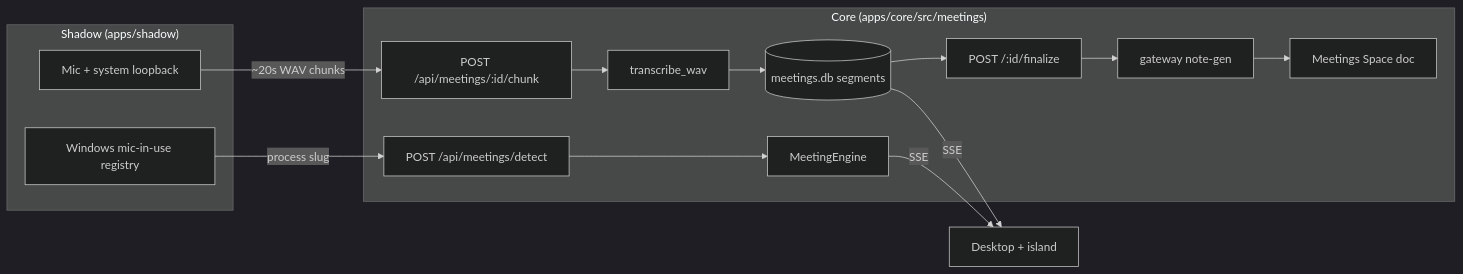
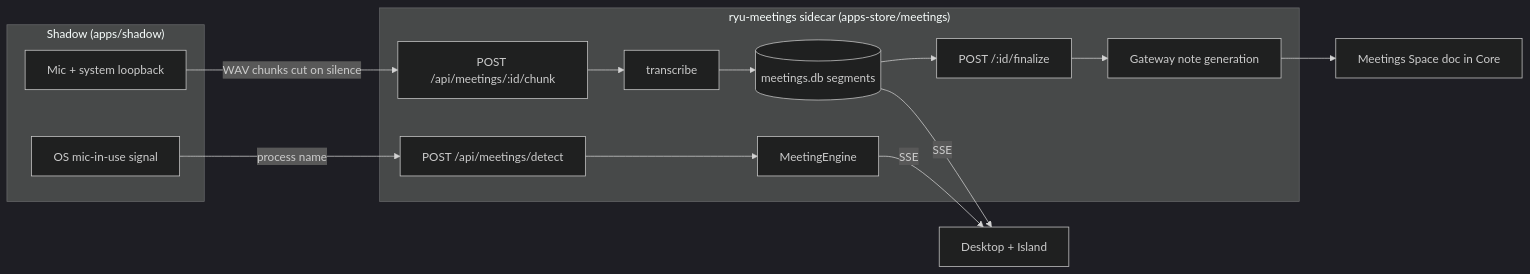
The diagram in content/docs/core/meeting-notes.mdx (amajorai/ryu-docs), drawn with Mermaid (dark theme) before and after one commit. The commit also changed other lines of this file and 2538 other files, not shown here.

````diff
--- a/content/docs/core/meeting-notes.mdx
+++ b/content/docs/core/meeting-notes.mdx
@@ -29,17 +29,17 @@
 ```mermaid
 flowchart LR
-  mic[Mic + system loopback] -->|~20s WAV chunks| chunk["POST /api/meetings/:id/chunk"]
-  reg[Windows mic-in-use registry] -->|process slug| detect["POST /api/meetings/detect"]
+  mic[Mic + system loopback] -->|WAV chunks cut on silence| chunk["POST /api/meetings/:id/chunk"]
+  det[OS mic-in-use signal] -->|process name| detect["POST /api/meetings/detect"]
   subgraph Shadow["Shadow (apps/shadow)"]
     mic
-    reg
+    det
   end
-  subgraph Core["Core (apps/core/src/meetings)"]
-    chunk --> transcribe[transcribe_wav] --> seg[(meetings.db segments)]
+  subgraph App["ryu-meetings sidecar (apps-store/meetings)"]
+    chunk --> transcribe[transcribe] --> seg[(meetings.db segments)]
     detect --> engine[MeetingEngine]
-    seg --> finalize["POST /:id/finalize"] --> notes[gateway note-gen]
-    notes --> space[Meetings Space doc]
+    seg --> finalize["POST /:id/finalize"] --> notes[Gateway note generation]
   end
-  engine -->|SSE| ui[Desktop + island]
+  notes --> space[Meetings Space doc in Core]
+  engine -->|SSE| ui[Desktop + Island]
   seg -->|SSE| ui
 ```
````
